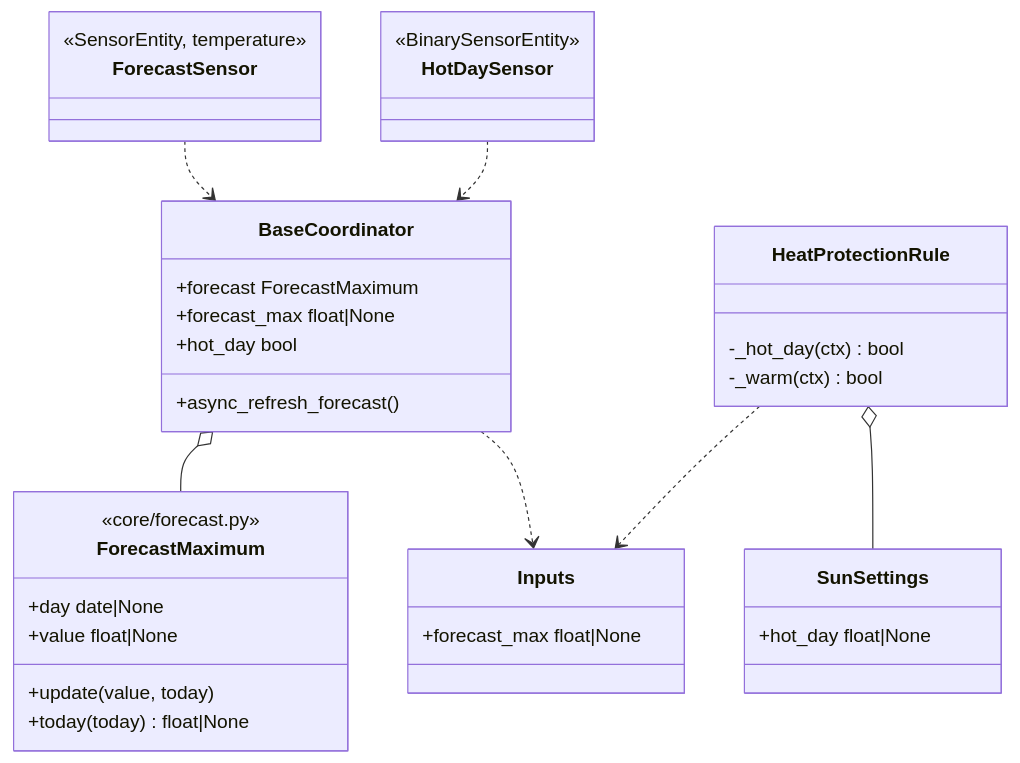
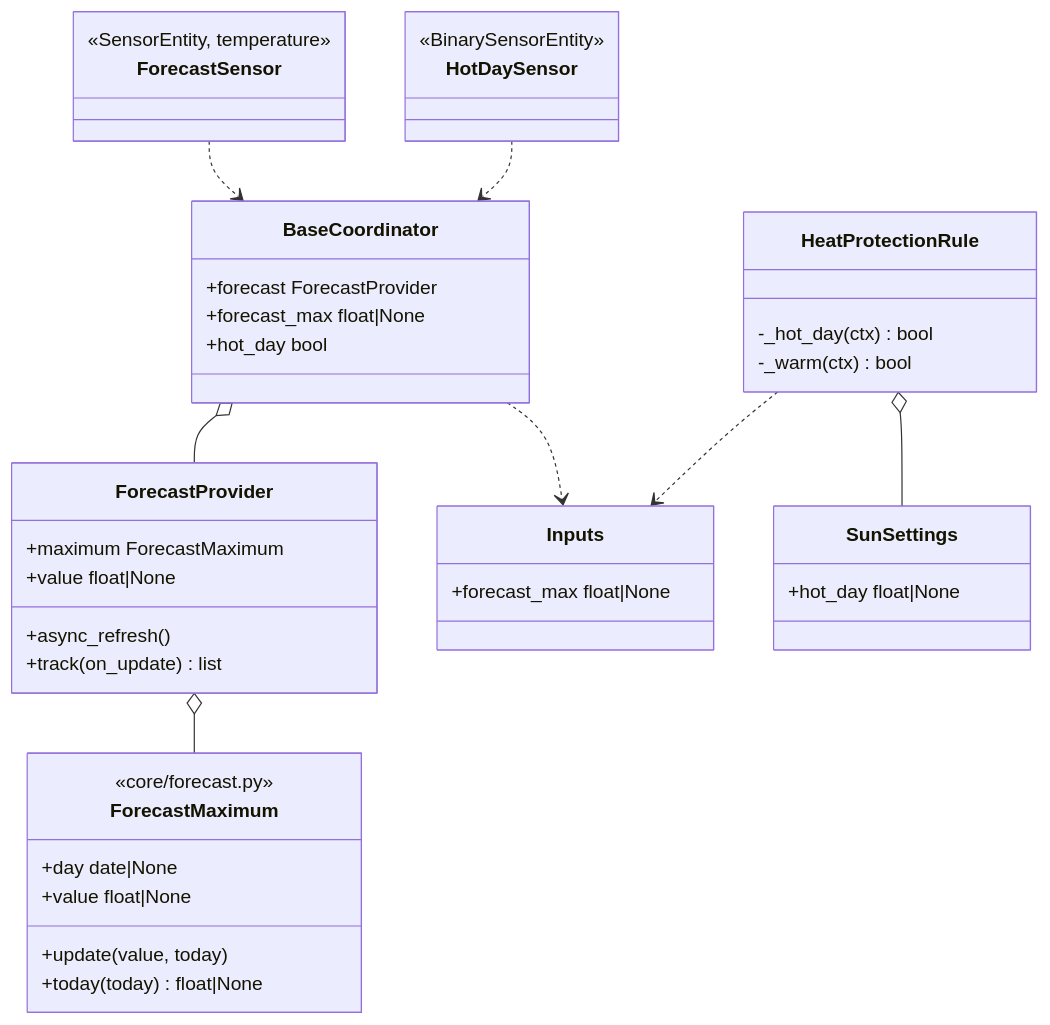
Before and after one commit to abroeders/smart-shutter-control: diagram 36 of 46 in docs/architecture.md, drawn with Mermaid. The commit also changed other lines of this file and 35 other files, not shown here.

````diff
--- a/docs/architecture.md
+++ b/docs/architecture.md
@@ -1256,38 +1260,44 @@
 ```mermaid
 classDiagram
     class ForecastMaximum {
         <<core/forecast.py>>
         +day date|None
         +value float|None
         +update(value, today)
         +today(today) float|None
     }
+    class ForecastProvider {
+        +maximum ForecastMaximum
+        +value float|None
+        +async_refresh()
+        +track(on_update) list
+    }
     class BaseCoordinator {
-        +forecast ForecastMaximum
+        +forecast ForecastProvider
         +forecast_max float|None
         +hot_day bool
-        +async_refresh_forecast()
     }
     class Inputs {
         +forecast_max float|None
     }
     class SunSettings {
         +hot_day float|None
     }
     class HeatProtectionRule {
         -_hot_day(ctx) bool
         -_warm(ctx) bool
     }
     class ForecastSensor {
         <<SensorEntity, temperature>>
     }
     class HotDaySensor {
         <<BinarySensorEntity>>
     }
-    BaseCoordinator o-- ForecastMaximum
+    BaseCoordinator o-- ForecastProvider
+    ForecastProvider o-- ForecastMaximum
     BaseCoordinator ..> Inputs
     HeatProtectionRule ..> Inputs
     HeatProtectionRule o-- SunSettings
     ForecastSensor ..> BaseCoordinator
     HotDaySensor ..> BaseCoordinator
 ```
````
